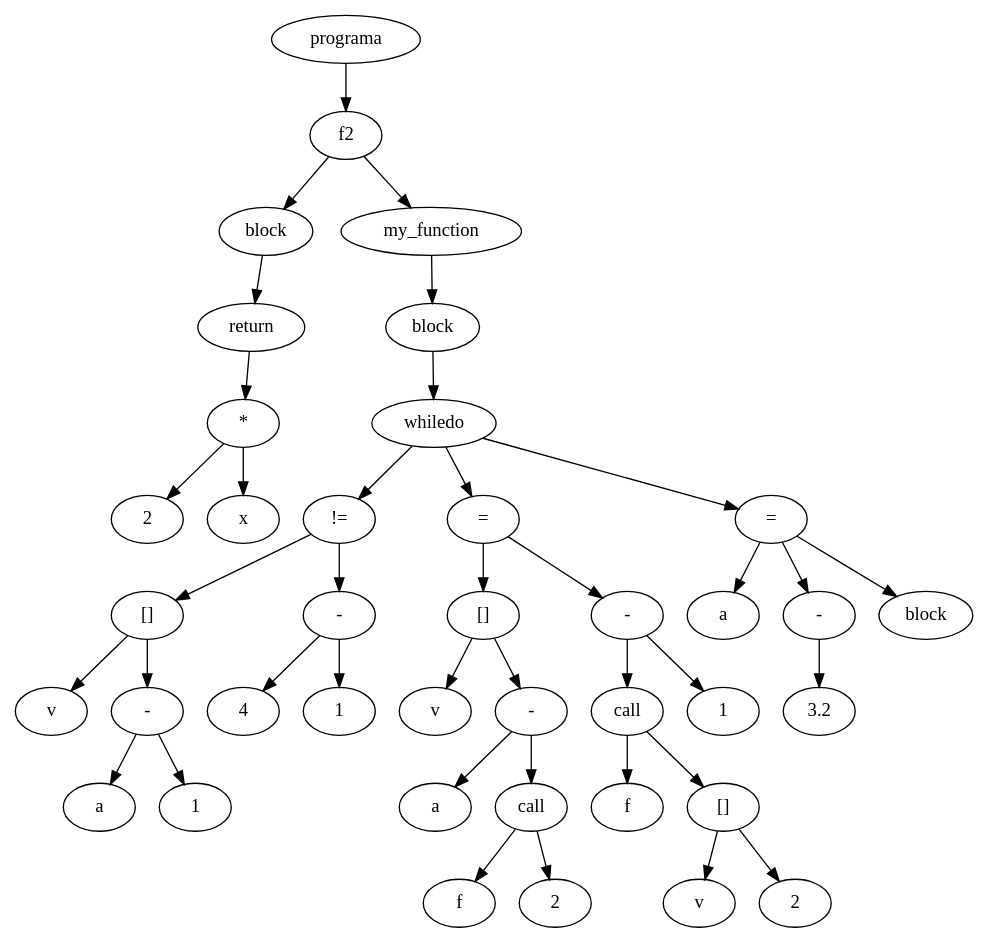
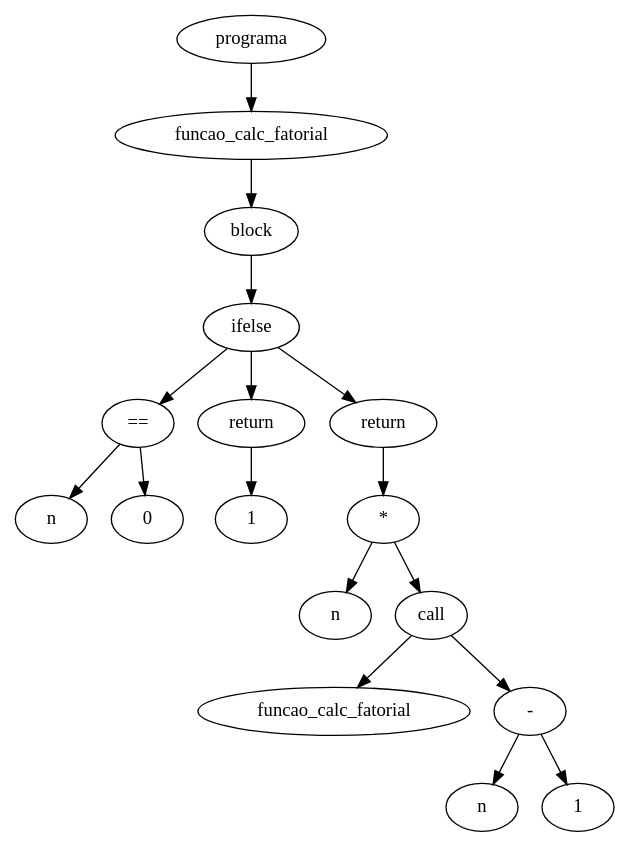
Before and after one commit to clemilsondias/TrabalhoCompiladores: the diagram in build/saida.dot, drawn with Graphviz. The commit also changed 6 other files, not shown here.

```diff
--- a/build/saida.dot
+++ b/build/saida.dot
@@ -1,79 +1,35 @@
 digraph G {
-node_0x1b58520 [label="2"]
-node_0x1b58540 [label="x"]
-node_0x1b58560 [label="*"]
-node_0x1b58560 -> node_0x1b58520
-node_0x1b58560 -> node_0x1b58540
-node_0x1b58590 [label="return"]
-node_0x1b58590 -> node_0x1b58560
-node_0x1b585c0 [label="block"]
-node_0x1b585c0 -> node_0x1b58590
-node_0x1b585f0 [label="f2"]
-node_0x1b585f0 -> node_0x1b585c0
-node_0x1b58670 [label="v"]
-node_0x1b58690 [label="a"]
-node_0x1b58700 [label="1"]
-node_0x1b58720 [label="-"]
-node_0x1b58720 -> node_0x1b58690
-node_0x1b58720 -> node_0x1b58700
-node_0x1b58750 [label="[]"]
-node_0x1b58750 -> node_0x1b58670
-node_0x1b58750 -> node_0x1b58720
-node_0x1b587d0 [label="4"]
-node_0x1b587f0 [label="1"]
-node_0x1b58810 [label="-"]
-node_0x1b58810 -> node_0x1b587d0
-node_0x1b58810 -> node_0x1b587f0
-node_0x1b58840 [label="!="]
-node_0x1b58840 -> node_0x1b58750
-node_0x1b58840 -> node_0x1b58810
-node_0x1b58870 [label="v"]
-node_0x1b58890 [label="[]"]
-node_0x1b588c0 [label="a"]
-node_0x1b58930 [label="f"]
-node_0x1b58950 [label="2"]
-node_0x1b58970 [label="call"]
-node_0x1b58970 -> node_0x1b58930
-node_0x1b58970 -> node_0x1b58950
-node_0x1b589a0 [label="-"]
-node_0x1b589a0 -> node_0x1b588c0
-node_0x1b589a0 -> node_0x1b58970
-node_0x1b589d0 [label="f"]
-node_0x1b589f0 [label="v"]
-node_0x1b58a10 [label="2"]
-node_0x1b58a30 [label="[]"]
-node_0x1b58a30 -> node_0x1b589f0
-node_0x1b58a30 -> node_0x1b58a10
-node_0x1b58a60 [label="call"]
-node_0x1b58a60 -> node_0x1b589d0
-node_0x1b58a60 -> node_0x1b58a30
-node_0x1b58a90 [label="1"]
-node_0x1b58ab0 [label="-"]
-node_0x1b58ab0 -> node_0x1b58a60
-node_0x1b58ab0 -> node_0x1b58a90
-node_0x1b58ae0 [label="="]
-node_0x1b58ae0 -> node_0x1b58890
-node_0x1b58ae0 -> node_0x1b58ab0
-node_0x1b58890 -> node_0x1b58870
-node_0x1b58890 -> node_0x1b589a0
-node_0x1b58b10 [label="whiledo"]
-node_0x1b58b10 -> node_0x1b58840
-node_0x1b58b10 -> node_0x1b58ae0
-node_0x1b58b40 [label="a"]
-node_0x1b58bb0 [label="3.2"]
-node_0x1b58bd0 [label="-"]
-node_0x1b58bd0 -> node_0x1b58bb0
-node_0x1b58c00 [label="="]
-node_0x1b58c00 -> node_0x1b58b40
-node_0x1b58c00 -> node_0x1b58bd0
-node_0x1b58c30 [label="block"]
-node_0x1b58c00 -> node_0x1b58c30
-node_0x1b58b10 -> node_0x1b58c00
-node_0x1b58c60 [label="block"]
-node_0x1b58c60 -> node_0x1b58b10
-node_0x1b58c90 [label="my_function"]
-node_0x1b58c90 -> node_0x1b58c60
-node_0x1b585f0 -> node_0x1b58c90
-node_0x1b58cc0 [label="programa"]
-node_0x1b58cc0 -> node_0x1b585f0
+node_0xe28390 [label="n"]
+node_0xe28400 [label="0"]
+node_0xe28420 [label="=="]
+node_0xe28420 -> node_0xe28390
+node_0xe28420 -> node_0xe28400
+node_0xe284a0 [label="1"]
+node_0xe284c0 [label="return"]
+node_0xe284c0 -> node_0xe284a0
+node_0xe284f0 [label="n"]
+node_0xe28510 [label="funcao_calc_fatorial"]
+node_0xe28530 [label="n"]
+node_0xe28550 [label="1"]
+node_0xe28570 [label="-"]
+node_0xe28570 -> node_0xe28530
+node_0xe28570 -> node_0xe28550
+node_0xe285a0 [label="call"]
+node_0xe285a0 -> node_0xe28510
+node_0xe285a0 -> node_0xe28570
+node_0xe285d0 [label="*"]
+node_0xe285d0 -> node_0xe284f0
+node_0xe285d0 -> node_0xe285a0
+node_0xe28600 [label="return"]
+node_0xe28600 -> node_0xe285d0
+node_0xe28630 [label="ifelse"]
+node_0xe28630 -> node_0xe28420
+node_0xe28630 -> node_0xe284c0
+node_0xe28630 -> node_0xe28600
+node_0xe28670 [label="block"]
+node_0xe28670 -> node_0xe28630
+node_0xe286a0 [label="funcao_calc_fatorial"]
+node_0xe286a0 -> node_0xe28670
+node_0xe286d0 [label="programa"]
+node_0xe286d0 -> node_0xe286a0
 }
```
